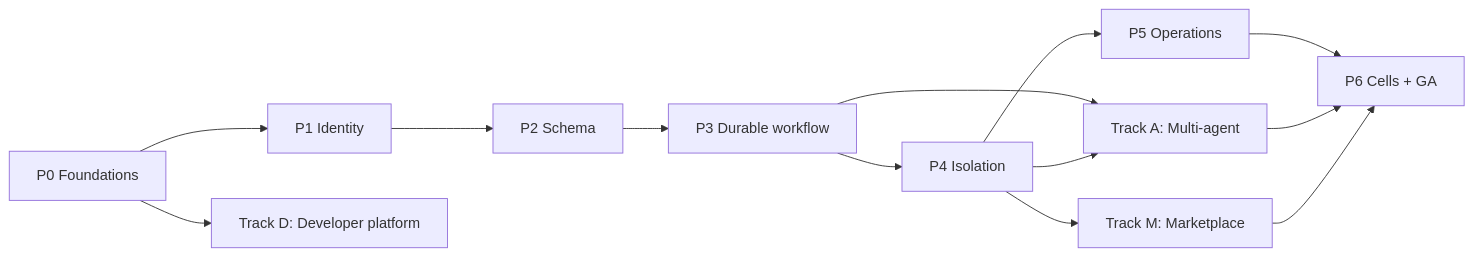
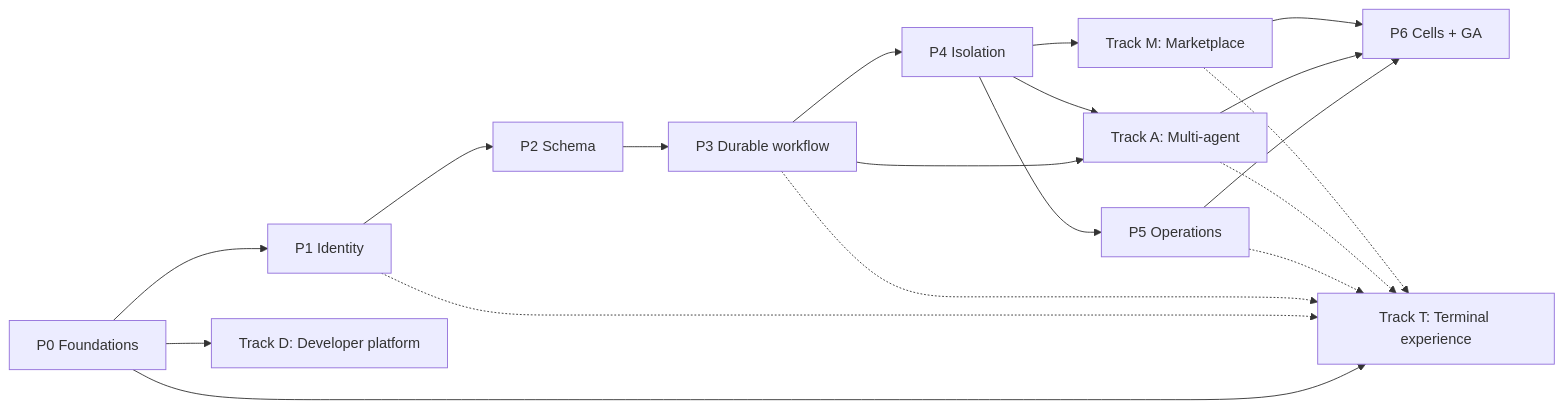
One commit to tanjeetsarkar/haas changed the diagram in docs/roadmap.md. Above: the diagram before and after it, drawn with Mermaid. The commit also changed other lines of this file and 52 other files, not shown here.

````diff
--- a/docs/roadmap.md
+++ b/docs/roadmap.md
@@ -48,10 +54,16 @@
 ```mermaid
 flowchart LR
     P0["P0 Foundations"] --> P1["P1 Identity"] --> P2["P2 Schema"] --> P3["P3 Durable workflow"] --> P4["P4 Isolation"] --> P5["P5 Operations"] --> P6["P6 Cells + GA"]
     P0 --> D["Track D: Developer platform"]
+    P0 --> T["Track T: Terminal experience"]
+    P1 -.-> T
+    P3 -.-> T
+    P5 -.-> T
     P3 --> A["Track A: Multi-agent"]
     P4 --> A
     P4 --> M["Track M: Marketplace"]
+    A -.-> T
+    M -.-> T
     A --> P6
     M --> P6
 ```
````
